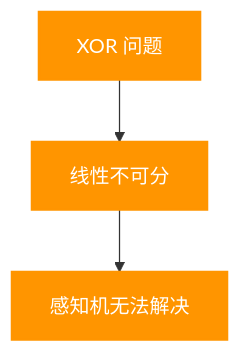
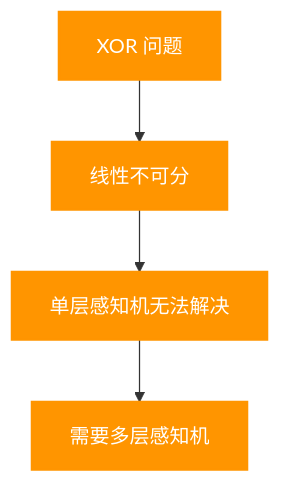
The second of 2 diagrams in content/posts/2026-01-21-perceptron-development-history.md (s-ai-unix/blog), drawn with Mermaid before and after one commit. The commit also changed other lines of this file and 1 other file, not shown here.

````diff
--- a/content/posts/2026-01-21-perceptron-development-history.md
+++ b/content/posts/2026-01-21-perceptron-development-history.md
@@ -98,9 +172,11 @@
 ```mermaid
 graph TD
     A[XOR 问题] --> B[线性不可分]
-    B --> C[感知机无法解决]
+    B --> C[单层感知机无法解决]
+    C --> D[需要多层感知机]
 
     style A color:#ffffff,fill:#FF9500,stroke:#FF9500,stroke-width:2px
     style B color:#ffffff,fill:#FF9500,stroke:#FF9500,stroke-width:2px
     style C color:#ffffff,fill:#FF9500,stroke:#FF9500,stroke-width:2px
+    style D color:#ffffff,fill:#FF9500,stroke:#FF9500,stroke-width:2px
 ```
````
